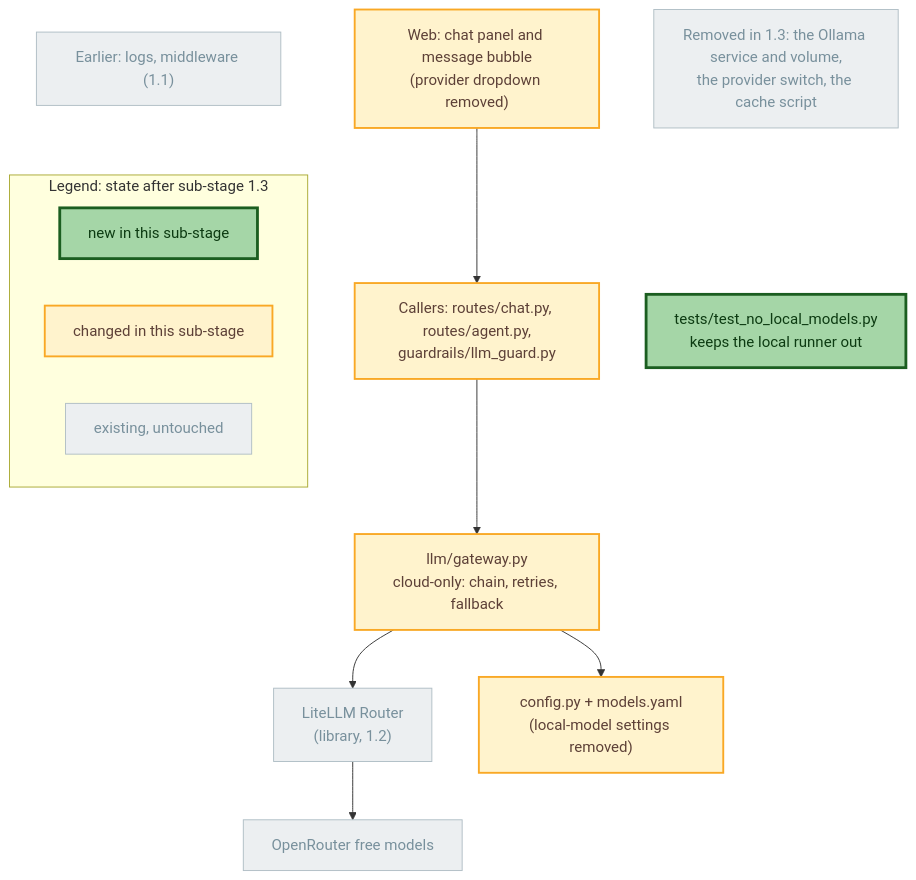
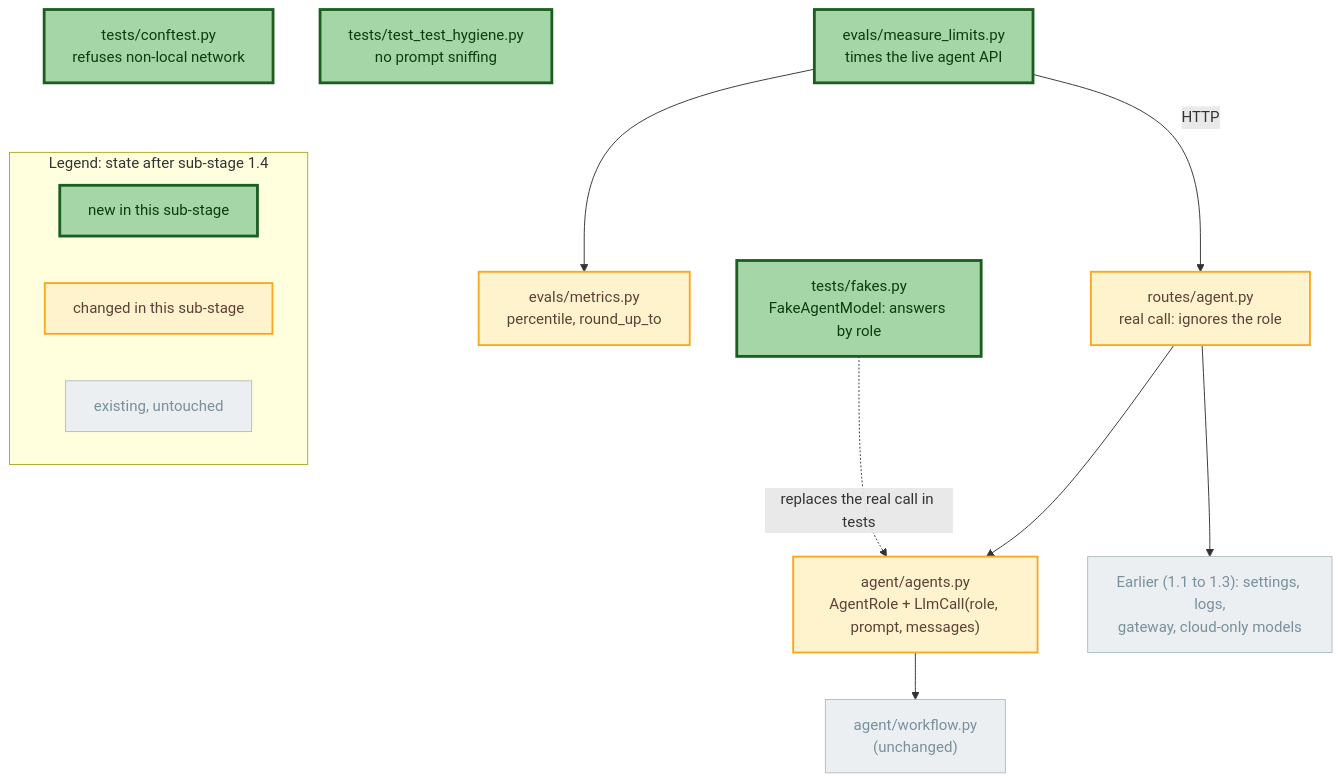
One commit to dsailajakrishna0-ship-it/customer-compass-v3 changed the diagram in docs/diagrams/stage1-module-map.mmd. Above: the diagram before and after it, drawn with Mermaid. The commit also changed 21 other files, not shown here.

First line of the commit message:
Stage 1.4: test seam, streaming decision, agent limits (#27)

```diff
--- a/docs/diagrams/stage1-module-map.mmd
+++ b/docs/diagrams/stage1-module-map.mmd
@@ -1,23 +1,23 @@
 flowchart TB
-    W["Web: chat panel and message bubble<br/>(provider dropdown removed)"] --> C
-    C["Callers: routes/chat.py, routes/agent.py,<br/>guardrails/llm_guard.py"] --> G["llm/gateway.py<br/>cloud-only: chain, retries, fallback"]
-    G --> L["LiteLLM Router<br/>(library, 1.2)"]
-    L --> O["OpenRouter free models"]
-    G --> CF["config.py + models.yaml<br/>(local-model settings removed)"]
-    T["tests/test_no_local_models.py<br/>keeps the local runner out"]
-    X["Removed in 1.3: the Ollama service and volume,<br/>the provider switch, the cache script"]
-    E["Earlier: logs, middleware (1.1)"]
-    X ~~~ T
-    subgraph legend["Legend: state after sub-stage 1.3"]
+    R["routes/agent.py<br/>real call: ignores the role"] --> A
+    A["agent/agents.py<br/>AgentRole + LlmCall(role, prompt, messages)"] --> W["agent/workflow.py<br/>(unchanged)"]
+    F["tests/fakes.py<br/>FakeAgentModel: answers by role"] -.->|replaces the real call in tests| A
+    N["tests/conftest.py<br/>refuses non-local network"]
+    H["tests/test_test_hygiene.py<br/>no prompt sniffing"]
+    M["evals/measure_limits.py<br/>times the live agent API"] --> P["evals/metrics.py<br/>percentile, round_up_to"]
+    M -->|HTTP| R
+    E["Earlier (1.1 to 1.3): settings, logs,<br/>gateway, cloud-only models"]
+    R --> E
+    subgraph legend["Legend: state after sub-stage 1.4"]
         direction LR
         K1["new in this sub-stage"]
         K2["changed in this sub-stage"]
         K3["existing, untouched"]
     end
-    E ~~~ legend
+    N ~~~ legend
     classDef new fill:#a5d6a7,stroke:#1b5e20,stroke-width:3px,color:#0d3b12
     classDef changed fill:#fff3cd,stroke:#f9a825,stroke-width:2px,color:#5d4037
     classDef existing fill:#eceff1,stroke:#b0bec5,color:#78909c
-    class T,K1 new
-    class W,C,G,CF,K2 changed
-    class L,O,E,X,K3 existing
+    class F,N,H,M,K1 new
+    class R,A,P,K2 changed
+    class W,E,K3 existing
```
